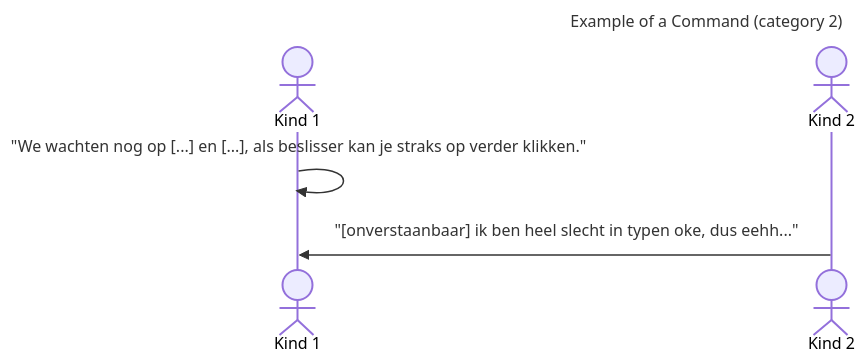
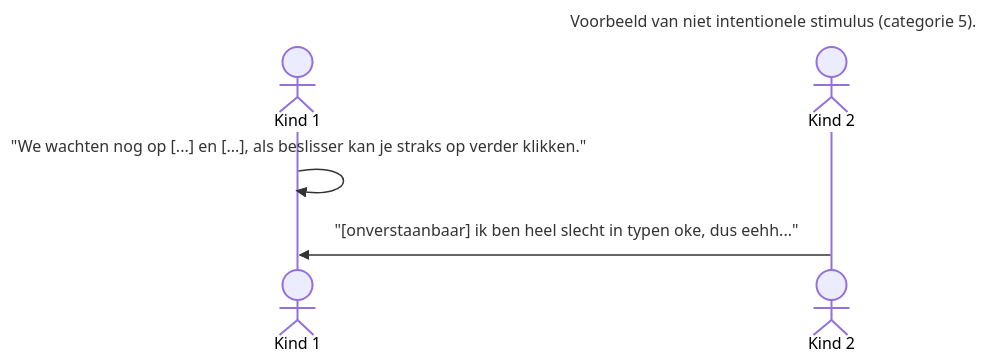
One commit to Dionysi/AnnotationTool-Release changed the sixth of 10 diagrams in Annotation-rules-refactor.md. Above: the diagram before and after it, drawn with Mermaid. The commit also changed other lines of this file, not shown here.

````diff
--- a/Annotation-rules-refactor.md
+++ b/Annotation-rules-refactor.md
@@ -123,8 +123,8 @@
     ```mermaid
     sequenceDiagram
-        title Example of a Command (category 2) 
+        title Voorbeeld van niet intentionele stimulus (categorie 5).
         actor Kind 1
         actor Kind 2
         Kind 1->>Kind 1: "We wachten nog op [...] en [...], als beslisser kan je straks op verder klikken."
         Kind 2->>Kind 1: "[onverstaanbaar] ik ben heel slecht in typen oke, dus eehh..."
     ```
````
